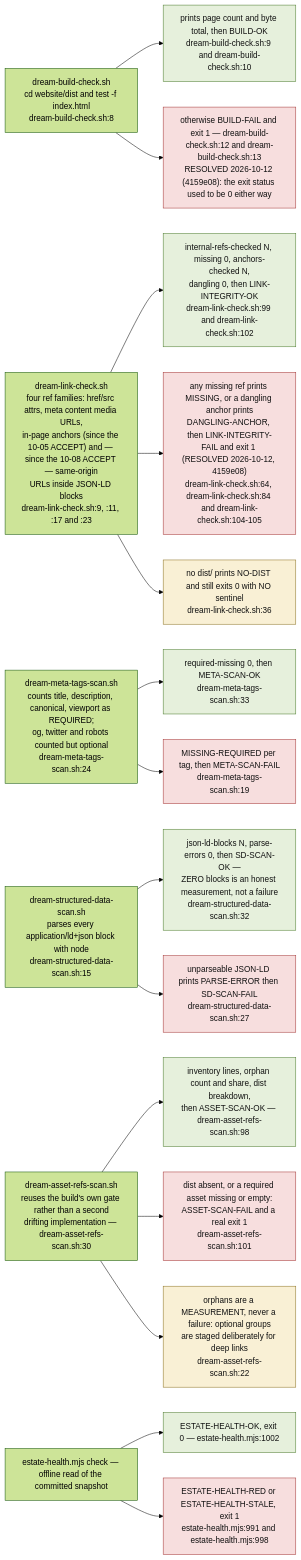
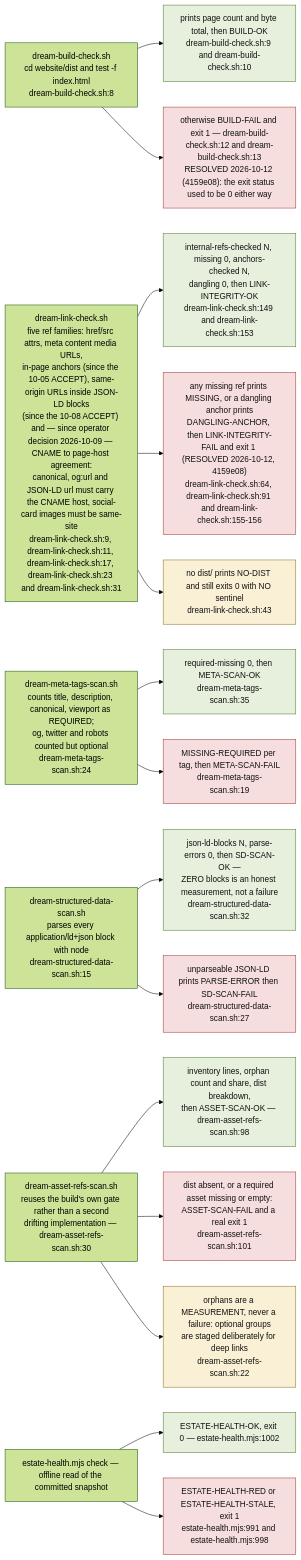
Before and after one commit to DreamLab-AI/VisionFlow: the fourth of 9 diagrams in docs/diagrams/visionflow/04-dream-cycle-integration.md, drawn with Mermaid (forest theme). The commit also changed other lines of this file and 160 other files, not shown here.

````diff
--- a/docs/diagrams/visionflow/04-dream-cycle-integration.md
+++ b/docs/diagrams/visionflow/04-dream-cycle-integration.md
@@ -123,32 +123,32 @@
 ```mermaid
 flowchart LR
     classDef pass fill:#e6f0dc,stroke:#4a7a2a,color:#111
     classDef fail fill:#f7dede,stroke:#a33333,color:#111
     classDef odd fill:#f9f0d5,stroke:#8a7020,color:#111
 
     E1["dream-build-check.sh<br/>cd website/dist and test -f index.html<br/>dream-build-check.sh:8"]
     E1 --> E1P["prints page count and byte total, then BUILD-OK<br/>dream-build-check.sh:9 and dream-build-check.sh:10"]:::pass
     E1 --> E1F["otherwise BUILD-FAIL and exit 1 — dream-build-check.sh:12 and dream-build-check.sh:13<br/>RESOLVED 2026-10-12 (4159e08): the exit status used to be 0 either way"]:::fail
 
-    E2["dream-link-check.sh<br/>four ref families: href/src attrs, meta content media URLs,<br/>in-page anchors (since the 10-05 ACCEPT) and — since the 10-08 ACCEPT — same-origin<br/>URLs inside JSON-LD blocks<br/>dream-link-check.sh:9, :11, :17 and :23"]
-    E2 --> E2P["internal-refs-checked N, missing 0, anchors-checked N,<br/>dangling 0, then LINK-INTEGRITY-OK<br/>dream-link-check.sh:99 and dream-link-check.sh:102"]:::pass
-    E2 --> E2F["any missing ref prints MISSING, or a dangling anchor prints<br/>DANGLING-ANCHOR, then LINK-INTEGRITY-FAIL and exit 1 (RESOLVED 2026-10-12, 4159e08)<br/>dream-link-check.sh:64, dream-link-check.sh:84 and dream-link-check.sh:104-105"]:::fail
-    E2 --> E2X["no dist/ prints NO-DIST and still exits 0 with NO sentinel<br/>dream-link-check.sh:36"]:::odd
+    E2["dream-link-check.sh<br/>five ref families: href/src attrs, meta content media URLs,<br/>in-page anchors (since the 10-05 ACCEPT), same-origin URLs inside JSON-LD blocks<br/>(since the 10-08 ACCEPT) and — since operator decision 2026-10-09 — CNAME to page-host agreement:<br/>canonical, og:url and JSON-LD url must carry the CNAME host, social-card images must be same-site<br/>dream-link-check.sh:9, dream-link-check.sh:11, dream-link-check.sh:17, dream-link-check.sh:23 and dream-link-check.sh:31"]
+    E2 --> E2P["internal-refs-checked N, missing 0, anchors-checked N,<br/>dangling 0, then LINK-INTEGRITY-OK<br/>dream-link-check.sh:149 and dream-link-check.sh:153"]:::pass
+    E2 --> E2F["any missing ref prints MISSING, or a dangling anchor prints<br/>DANGLING-ANCHOR, then LINK-INTEGRITY-FAIL and exit 1 (RESOLVED 2026-10-12, 4159e08)<br/>dream-link-check.sh:64, dream-link-check.sh:91 and dream-link-check.sh:155-156"]:::fail
+    E2 --> E2X["no dist/ prints NO-DIST and still exits 0 with NO sentinel<br/>dream-link-check.sh:43"]:::odd
 
     E3["dream-meta-tags-scan.sh<br/>counts title, description, canonical, viewport as REQUIRED;<br/>og, twitter and robots counted but optional<br/>dream-meta-tags-scan.sh:24"]
-    E3 --> E3P["required-missing 0, then META-SCAN-OK<br/>dream-meta-tags-scan.sh:33"]:::pass
+    E3 --> E3P["required-missing 0, then META-SCAN-OK<br/>dream-meta-tags-scan.sh:35"]:::pass
     E3 --> E3F["MISSING-REQUIRED per tag, then META-SCAN-FAIL<br/>dream-meta-tags-scan.sh:19"]:::fail
 
     E4["dream-structured-data-scan.sh<br/>parses every application/ld+json block with node<br/>dream-structured-data-scan.sh:15"]
     E4 --> E4P["json-ld-blocks N, parse-errors 0, then SD-SCAN-OK —<br/>ZERO blocks is an honest measurement, not a failure<br/>dream-structured-data-scan.sh:32"]:::pass
     E4 --> E4F["unparseable JSON-LD prints PARSE-ERROR then SD-SCAN-FAIL<br/>dream-structured-data-scan.sh:27"]:::fail
 
     E5["dream-asset-refs-scan.sh<br/>reuses the build's own gate rather than a second<br/>drifting implementation — dream-asset-refs-scan.sh:30"]
     E5 --> E5P["inventory lines, orphan count and share, dist breakdown,<br/>then ASSET-SCAN-OK — dream-asset-refs-scan.sh:98"]:::pass
     E5 --> E5F["dist absent, or a required asset missing or empty:<br/>ASSET-SCAN-FAIL and a real exit 1<br/>dream-asset-refs-scan.sh:101"]:::fail
     E5 --> E5X["orphans are a MEASUREMENT, never a failure: optional groups<br/>are staged deliberately for deep links<br/>dream-asset-refs-scan.sh:22"]:::odd
 
     E6["estate-health.mjs check — offline read of the committed snapshot"]
     E6 --> E6P["ESTATE-HEALTH-OK, exit 0 — estate-health.mjs:1002"]:::pass
     E6 --> E6F["ESTATE-HEALTH-RED or ESTATE-HEALTH-STALE, exit 1<br/>estate-health.mjs:991 and estate-health.mjs:998"]:::fail
 ```
````
